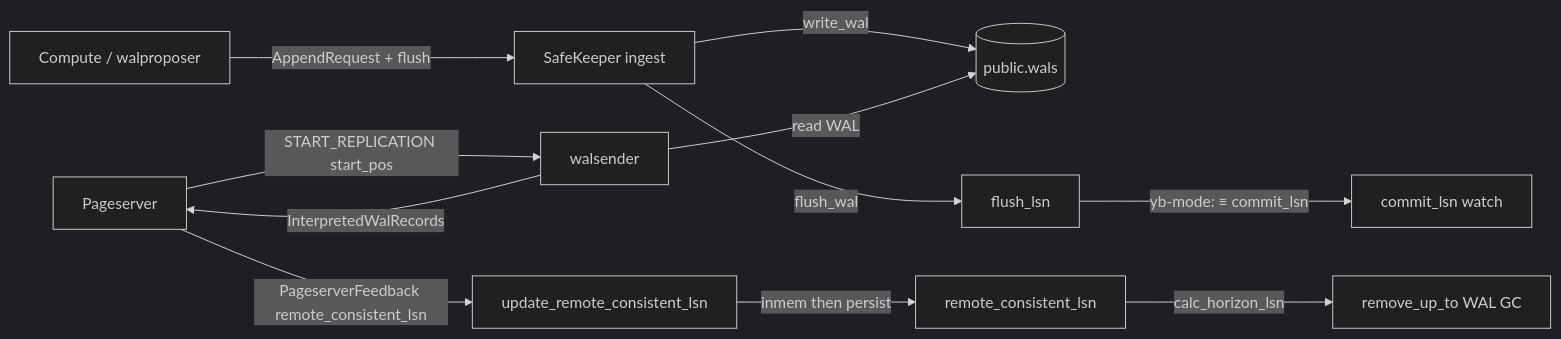
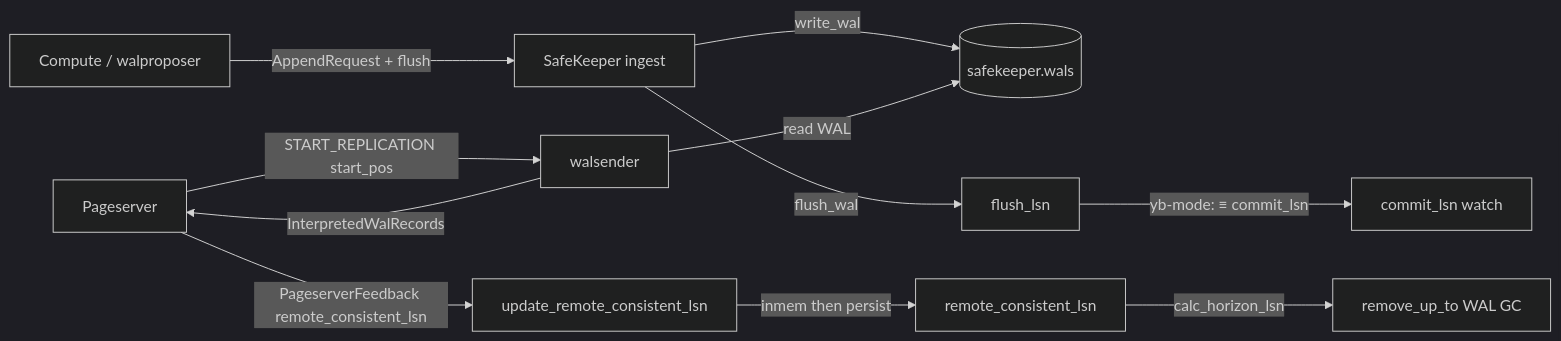
Before and after one commit to yugabyte/meko: the diagram in architecture/safekeeper-lsns.md, drawn with Mermaid (dark theme). The commit also changed other lines of this file and 25 other files, not shown here.

First line of the commit message:
storage: safekeeper: move the wals table into the safekeeper schema

````diff
--- a/architecture/safekeeper-lsns.md
+++ b/architecture/safekeeper-lsns.md
@@ -25,13 +25,13 @@
 ```mermaid
 flowchart LR
     COMP[Compute / walproposer] -->|AppendRequest + flush| SK_ING[SafeKeeper ingest]
-    SK_ING -->|write_wal| YB_WAL[(public.wals)]
+    SK_ING -->|write_wal| YB_WAL[(safekeeper.wals)]
     SK_ING -->|flush_wal| FL[flush_lsn]
     FL -->|yb-mode: ≡ commit_lsn| COMM[commit_lsn watch]
     PS[Pageserver] -->|START_REPLICATION start_pos| WS[walsender]
     WS -->|read WAL| YB_WAL
     WS -->|InterpretedWalRecords| PS
     PS -->|PageserverFeedback remote_consistent_lsn| SK_FB[update_remote_consistent_lsn]
     SK_FB -->|inmem then persist| RCS[remote_consistent_lsn]
     RCS -->|calc_horizon_lsn| GC[remove_up_to WAL GC]
 ```
````
